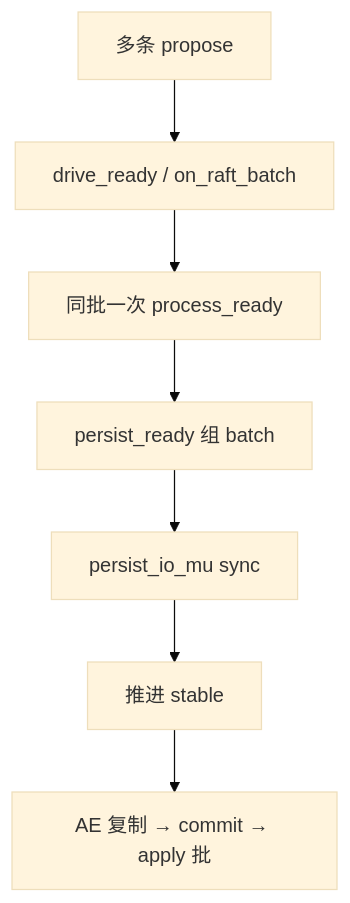
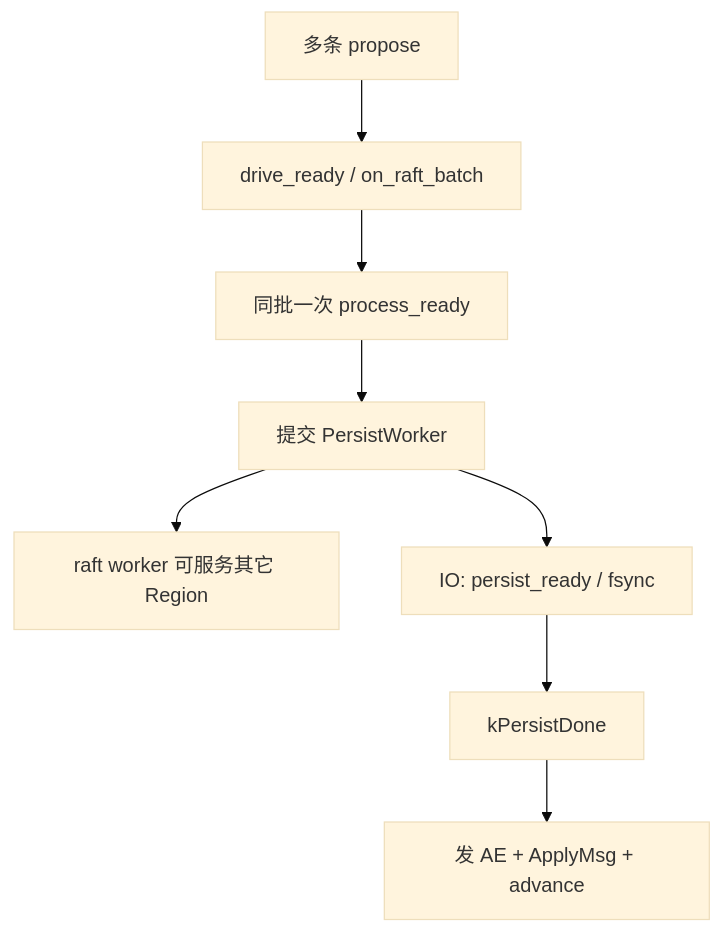
Before and after one commit to devotionalist/openkv: the diagram in docs/flows/23-write-path-batching.md, drawn with Mermaid (base theme). The commit also changed other lines of this file and 37 other files, not shown here.

First line of the commit message:
Add PersistWorker async Ready IO and drop unused request_id idempotency.

````diff
--- a/docs/flows/23-write-path-batching.md
+++ b/docs/flows/23-write-path-batching.md
@@ -37,9 +38,10 @@
 ```mermaid
 flowchart TD
   A[多条 propose] --> B[drive_ready / on_raft_batch]
   B --> C[同批一次 process_ready]
-  C --> D[persist_ready 组 batch]
-  D --> E[persist_io_mu sync]
-  E --> F[推进 stable]
-  F --> G[AE 复制 → commit → apply 批]
+  C --> D[提交 PersistWorker]
+  D --> E[raft worker 可服务其它 Region]
+  D --> F[IO: persist_ready / fsync]
+  F --> G[kPersistDone]
+  G --> H[发 AE + ApplyMsg + advance]
 ```
````
